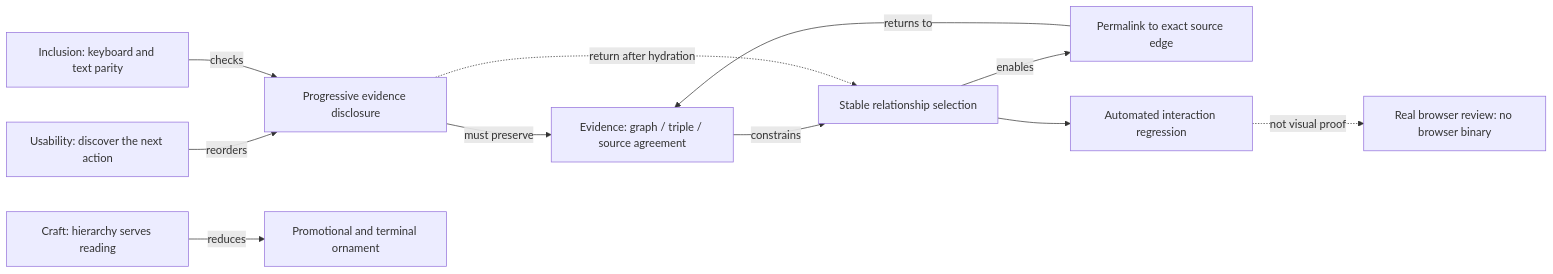
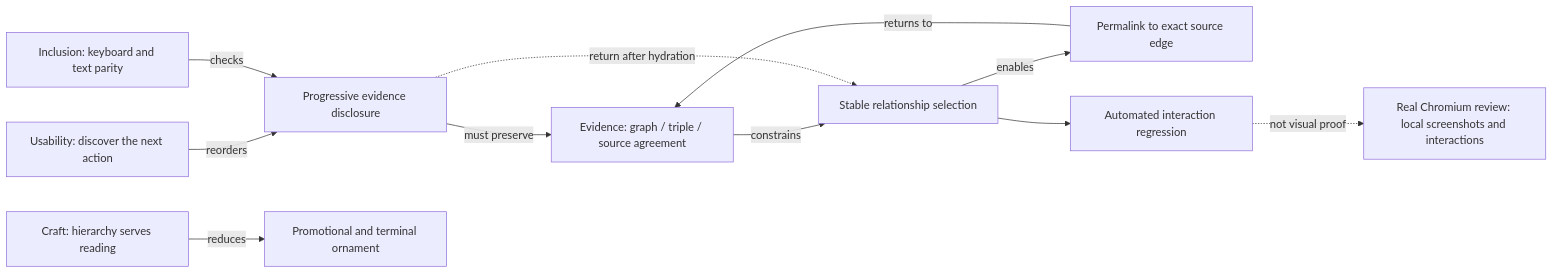
Before and after one commit to SolutionsAsService/developer-map: the second of 2 diagrams in DESIGN-LOG.md, drawn with Mermaid. The commit also changed other lines of this file and 14 other files, not shown here.

Commit message:
Record real Chromium QA and fix narrow map footer wrapping

```diff
--- a/DESIGN-LOG.md
+++ b/DESIGN-LOG.md
@@ -228,13 +228,13 @@
 ~~~mermaid
 flowchart LR
   E[Evidence: graph / triple / source agreement] -->|constrains| S[Stable relationship selection]
   S -->|enables| P[Permalink to exact source edge]
   P -->|returns to| E
   U[Usability: discover the next action] -->|reorders| D[Progressive evidence disclosure]
   D -->|must preserve| E
   C[Craft: hierarchy serves reading] -->|reduces| H[Promotional and terminal ornament]
   I[Inclusion: keyboard and text parity] -->|checks| D
   D -.->|return after hydration| S
   S --> Q[Automated interaction regression]
-  Q -.->|not visual proof| V[Real browser review: no browser binary]
+  Q -.->|not visual proof| V[Real Chromium review: local screenshots and interactions]
 ~~~
```
